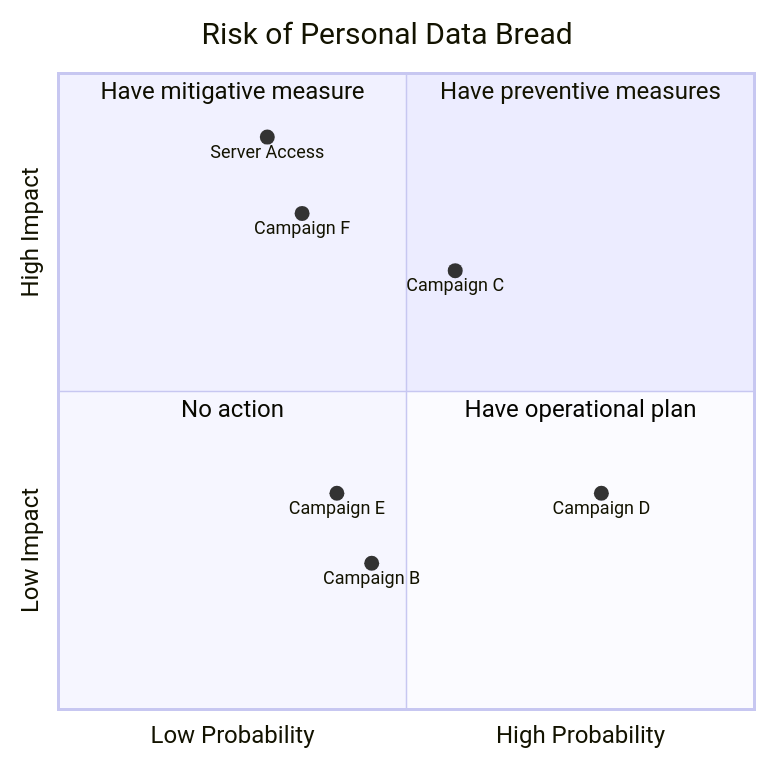
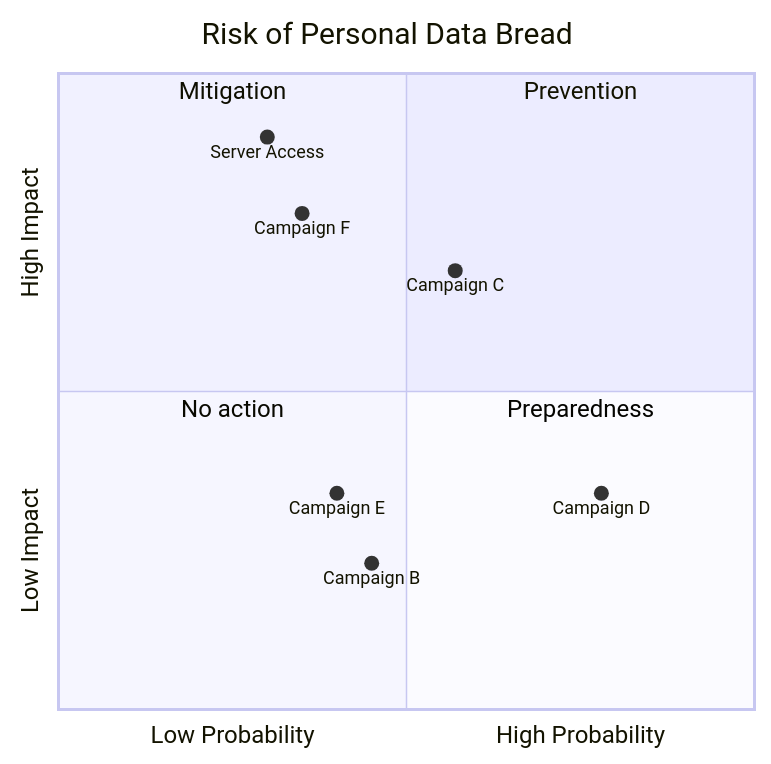
Before and after one commit to Kietpawpan/pdpa: the fourth of 4 diagrams in README.md, drawn with Mermaid.

````diff
--- a/README.md
+++ b/README.md
@@ -87,16 +87,16 @@
 ```mermaid
 quadrantChart
     title Risk of Personal Data Bread
     x-axis Low Probability --> High Probability
     y-axis Low Impact --> High Impact
-    quadrant-1 Have preventive measures
-    quadrant-2 Have mitigative measure
+    quadrant-1 Prevention
+    quadrant-2 Mitigation
     quadrant-3 No action
-    quadrant-4 Have operational plan
+    quadrant-4 Preparedness 
 	Server Access: [0.3, 0.90]
     Campaign B: [0.45, 0.23]
     Campaign C: [0.57, 0.69]
     Campaign D: [0.78, 0.34]
     Campaign E: [0.40, 0.34]
     Campaign F: [0.35, 0.78]
 ```
````
